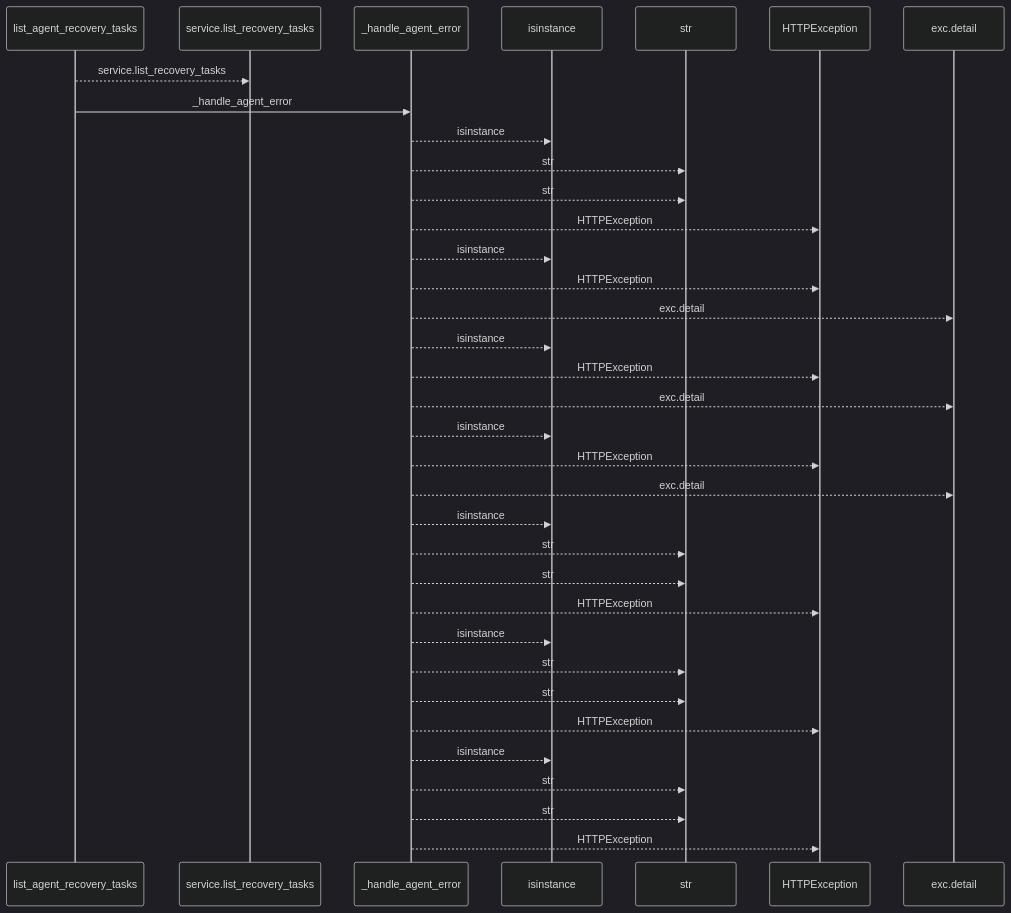
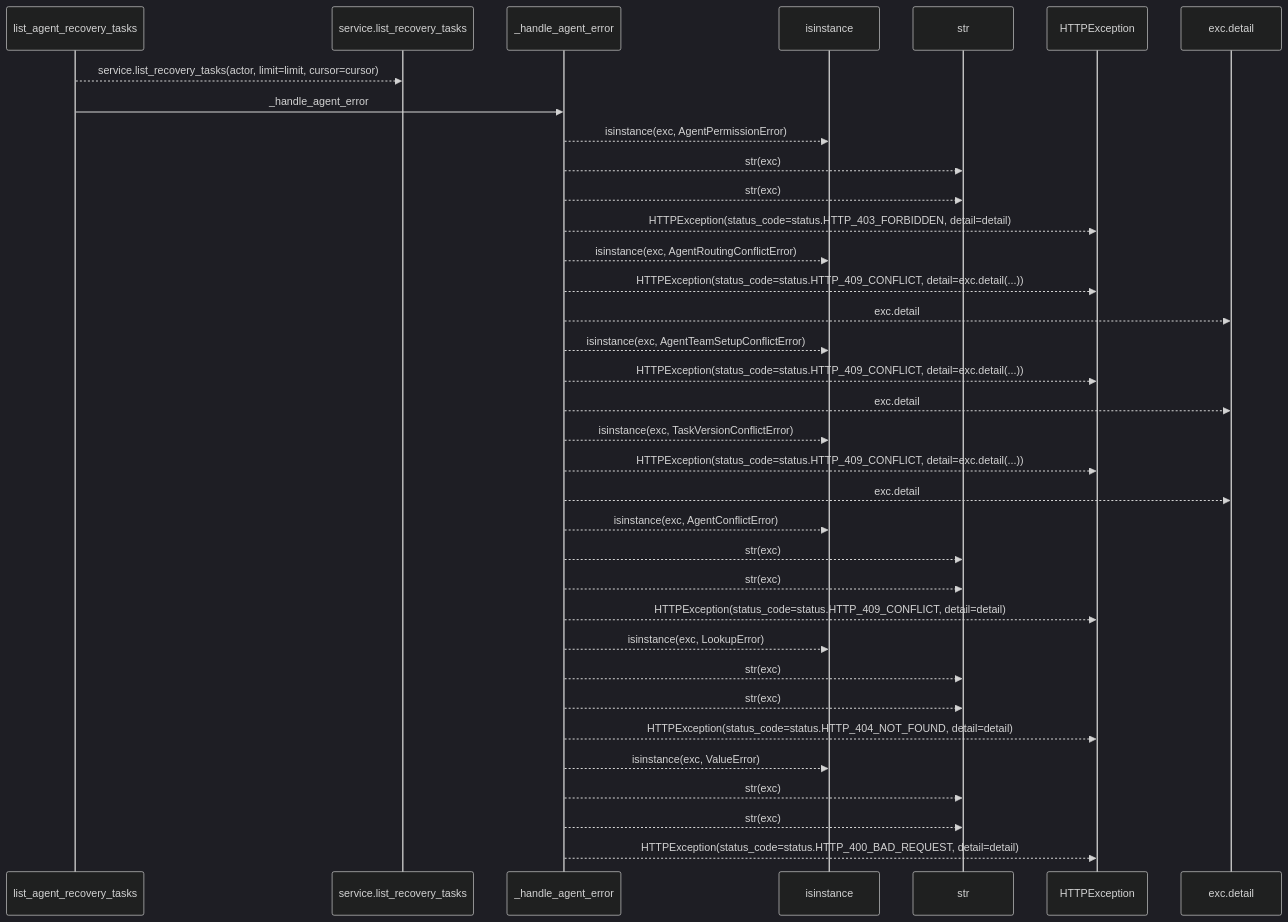
Before and after one commit to Denissvgn/WorkChord: the first of 2 diagrams in docs/llm_wiki/flows/http-list_agent_recovery_tasks.md, drawn with Mermaid (dark theme). The commit also changed other lines of this file and 25171 other files, not shown here.

````diff
--- a/docs/llm_wiki/flows/http-list_agent_recovery_tasks.md
+++ b/docs/llm_wiki/flows/http-list_agent_recovery_tasks.md
@@ -10,37 +12,37 @@
 ```mermaid
 sequenceDiagram
     participant p0 as list_agent_recovery_tasks
     participant p1 as service.list_recovery_tasks
     participant p2 as _handle_agent_error
     participant p3 as isinstance
     participant p4 as str
     participant p5 as HTTPException
     participant p6 as exc.detail
-    p0-->>p1: service.list_recovery_tasks
+    p0-->>p1: service.list_recovery_tasks(actor, limit=limit, cursor=cursor)
     p0->>p2: _handle_agent_error
-    p2-->>p3: isinstance
-    p2-->>p4: str
-    p2-->>p4: str
-    p2-->>p5: HTTPException
-    p2-->>p3: isinstance
-    p2-->>p5: HTTPException
+    p2-->>p3: isinstance(exc, AgentPermissionError)
+    p2-->>p4: str(exc)
+    p2-->>p4: str(exc)
+    p2-->>p5: HTTPException(status_code=status.HTTP_403_FORBIDDEN, detail=detail)
+    p2-->>p3: isinstance(exc, AgentRoutingConflictError)
+    p2-->>p5: HTTPException(status_code=status.HTTP_409_CONFLICT, detail=exc.detail(...))
     p2-->>p6: exc.detail
-    p2-->>p3: isinstance
-    p2-->>p5: HTTPException
+    p2-->>p3: isinstance(exc, AgentTeamSetupConflictError)
+    p2-->>p5: HTTPException(status_code=status.HTTP_409_CONFLICT, detail=exc.detail(...))
     p2-->>p6: exc.detail
-    p2-->>p3: isinstance
-    p2-->>p5: HTTPException
+    p2-->>p3: isinstance(exc, TaskVersionConflictError)
+    p2-->>p5: HTTPException(status_code=status.HTTP_409_CONFLICT, detail=exc.detail(...))
     p2-->>p6: exc.detail
-    p2-->>p3: isinstance
-    p2-->>p4: str
-    p2-->>p4: str
-    p2-->>p5: HTTPException
-    p2-->>p3: isinstance
-    p2-->>p4: str
-    p2-->>p4: str
-    p2-->>p5: HTTPException
-    p2-->>p3: isinstance
-    p2-->>p4: str
-    p2-->>p4: str
-    p2-->>p5: HTTPException
+    p2-->>p3: isinstance(exc, AgentConflictError)
+    p2-->>p4: str(exc)
+    p2-->>p4: str(exc)
+    p2-->>p5: HTTPException(status_code=status.HTTP_409_CONFLICT, detail=detail)
+    p2-->>p3: isinstance(exc, LookupError)
+    p2-->>p4: str(exc)
+    p2-->>p4: str(exc)
+    p2-->>p5: HTTPException(status_code=status.HTTP_404_NOT_FOUND, detail=detail)
+    p2-->>p3: isinstance(exc, ValueError)
+    p2-->>p4: str(exc)
+    p2-->>p4: str(exc)
+    p2-->>p5: HTTPException(status_code=status.HTTP_400_BAD_REQUEST, detail=detail)
 ```
````
